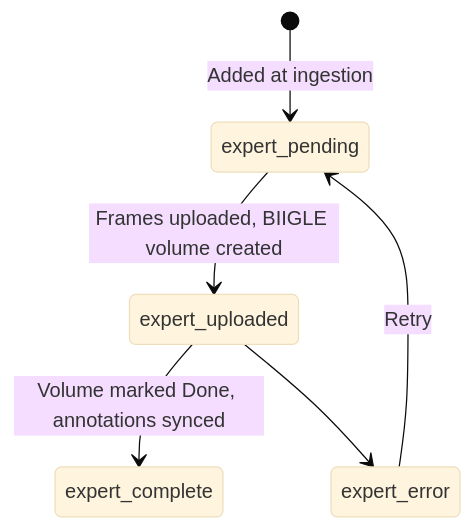
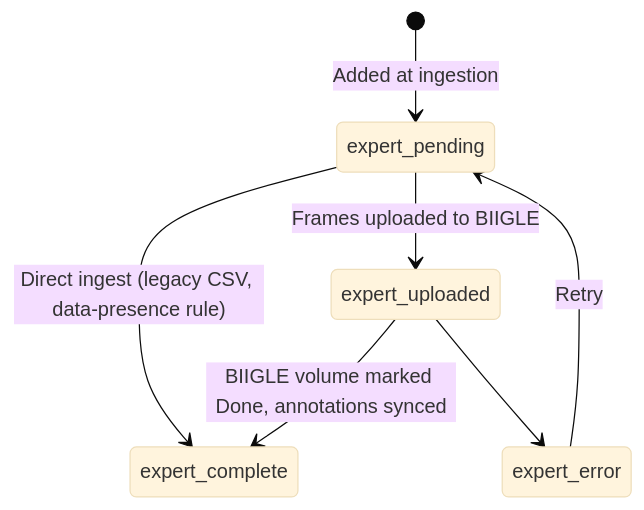
Diagram 12 of 14 in design_doc.md (wildlifeai/spyfish-aotearoa-toolkit), drawn with Mermaid (base theme) before and after one commit. The commit also changed other lines of this file and 40 other files, not shown here.

````diff
--- a/design_doc.md
+++ b/design_doc.md
@@ -747,8 +795,9 @@
 ```mermaid
 stateDiagram-v2
     [*] --> expert_pending : Added at ingestion
-    expert_pending --> expert_uploaded : Frames uploaded, BIIGLE volume created
-    expert_uploaded --> expert_complete : Volume marked Done, annotations synced
+    expert_pending --> expert_uploaded : Frames uploaded to BIIGLE
+    expert_pending --> expert_complete : Direct ingest (legacy CSV, data-presence rule)
+    expert_uploaded --> expert_complete : BIIGLE volume marked Done, annotations synced
     expert_uploaded --> expert_error
     expert_error --> expert_pending : Retry
 ```
````
